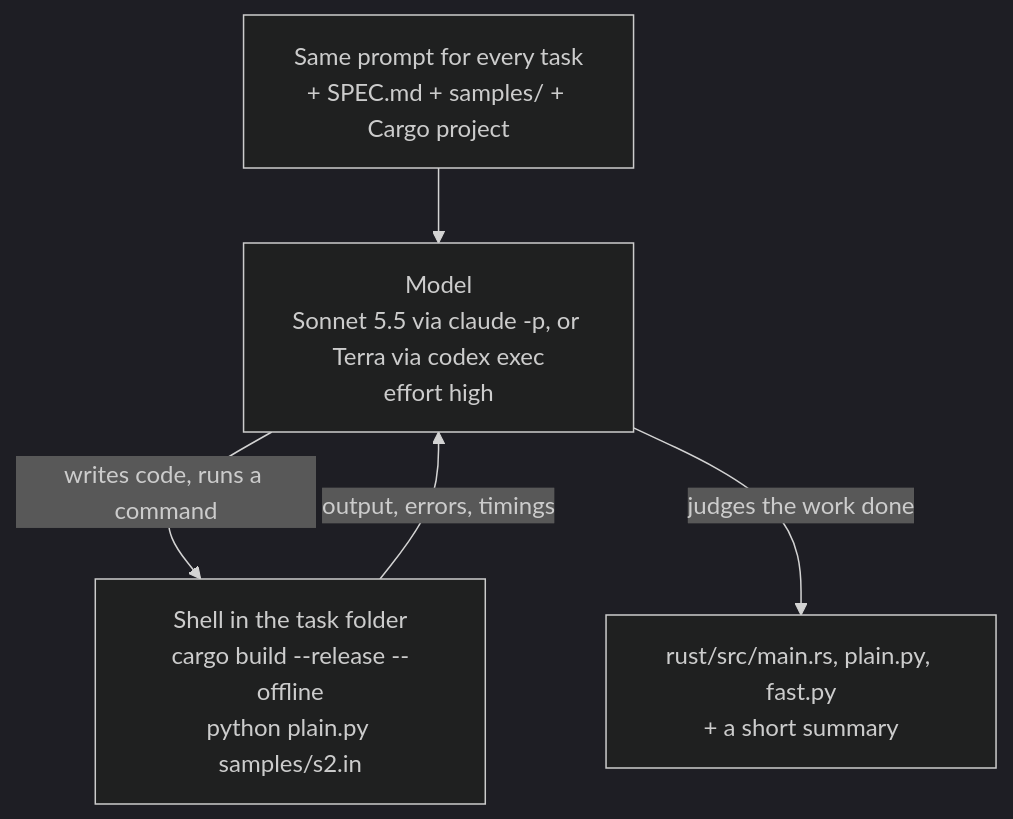
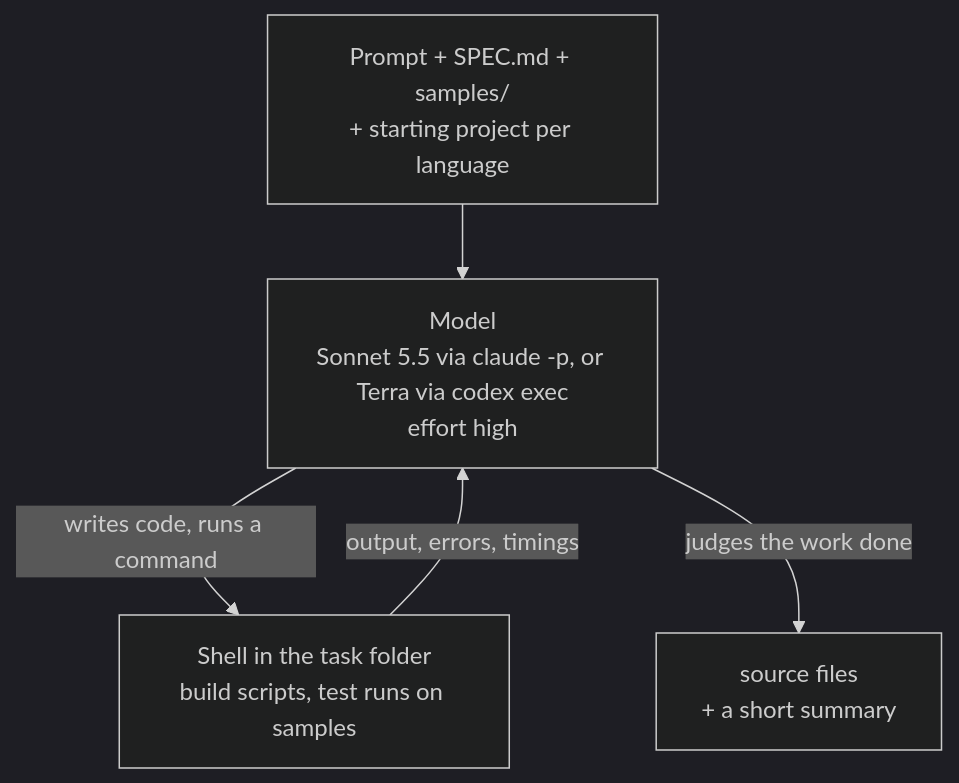
The second of 2 diagrams in notebooks/39-rust-vs-python/README.md (k-sandhu/experiment-notebooks), drawn with Mermaid (dark theme) before and after one commit. The commit also changed other lines of this file and 19 other files, not shown here.

````diff
--- a/notebooks/39-rust-vs-python/README.md
+++ b/notebooks/39-rust-vs-python/README.md
@@ -223,7 +213,7 @@
 ```mermaid
 flowchart TD
-    p["Same prompt for every task<br/>+ SPEC.md + samples/ + Cargo project"] --> m["Model<br/>Sonnet 5.5 via claude -p, or Terra via codex exec<br/>effort high"]
-    m -->|"writes code, runs a command"| t["Shell in the task folder<br/>cargo build --release --offline<br/>python plain.py samples/s2.in"]
+    p["Prompt + SPEC.md + samples/<br/>+ starting project per language"] --> m["Model<br/>Sonnet 5.5 via claude -p, or Terra via codex exec<br/>effort high"]
+    m -->|"writes code, runs a command"| t["Shell in the task folder<br/>build scripts, test runs on samples"]
     t -->|"output, errors, timings"| m
-    m -->|"judges the work done"| out["rust/src/main.rs, plain.py, fast.py<br/>+ a short summary"]
+    m -->|"judges the work done"| out["source files<br/>+ a short summary"]
 ```
````
